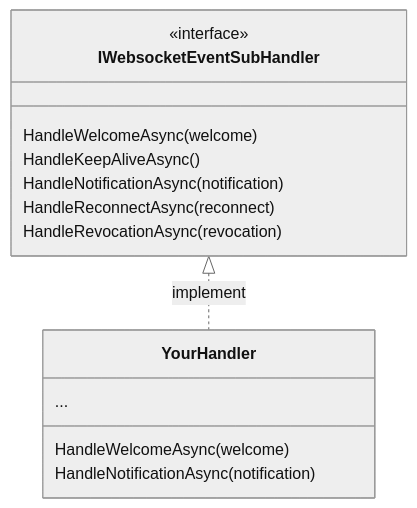
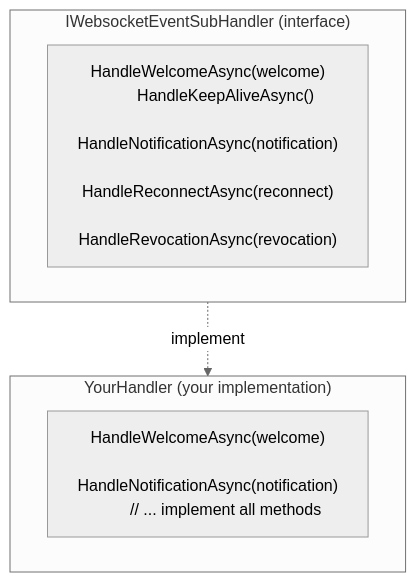
The sixth of 6 diagrams in Docs/Architecture.md (Yoyoyopo5/TwitchySharp), drawn with Mermaid (neutral theme) before and after one commit. The commit also changed other lines of this file, not shown here.

First line of the commit message:
Fix class diagrams for dark mode readability

````diff
--- a/Docs/Architecture.md
+++ b/Docs/Architecture.md
@@ -223,19 +220,18 @@
 ```mermaid
-classDiagram
-    class IWebsocketEventSubHandler {
-        <<interface>>
-        HandleWelcomeAsync(welcome)
+flowchart TD
+    subgraph Interface["IWebsocketEventSubHandler  (interface)"]
+        Methods["HandleWelcomeAsync(welcome)
         HandleKeepAliveAsync()
         HandleNotificationAsync(notification)
         HandleReconnectAsync(reconnect)
-        HandleRevocationAsync(revocation)
-    }
+        HandleRevocationAsync(revocation)"]
+    end
 
-    class YourHandler {
-        HandleWelcomeAsync(welcome)
+    subgraph YourImpl["YourHandler  (your implementation)"]
+        YourMethods["HandleWelcomeAsync(welcome)
         HandleNotificationAsync(notification)
-        ...
-    }
+        // ... implement all methods"]
+    end
 
-    IWebsocketEventSubHandler <|.. YourHandler : implement
+    Interface -.->|"implement"| YourImpl
 ```
````
